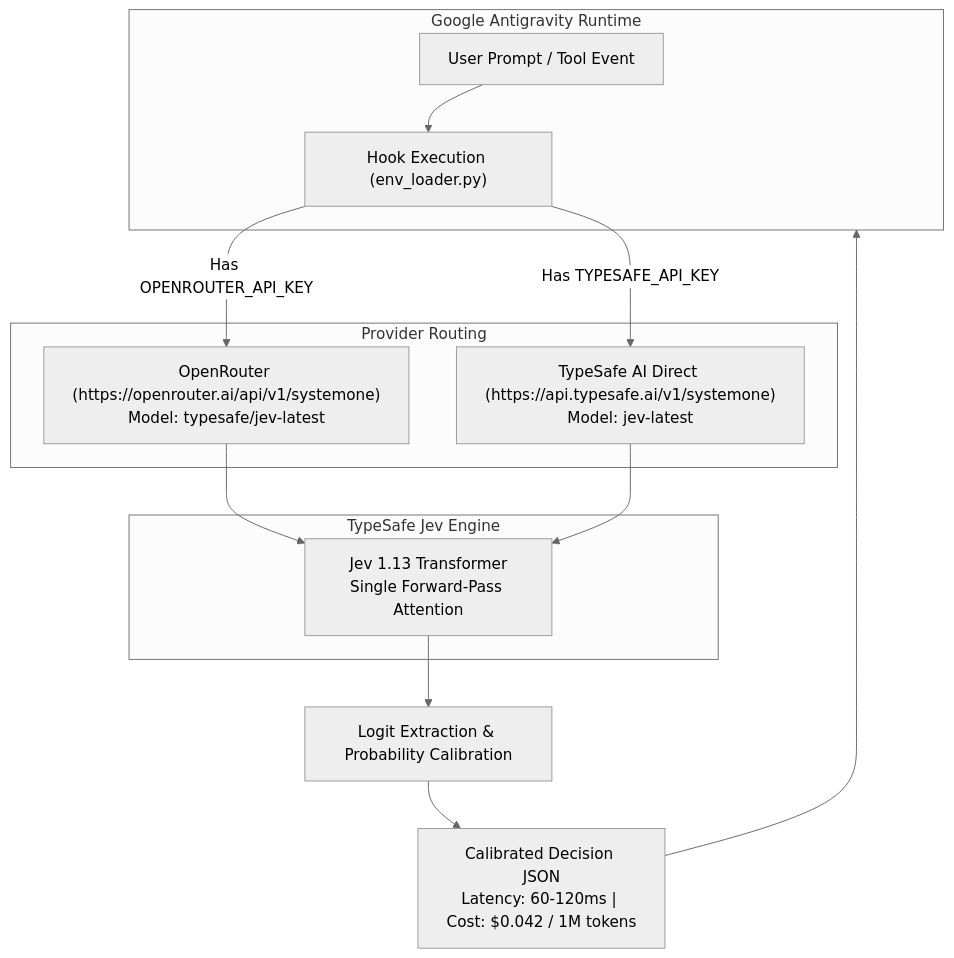
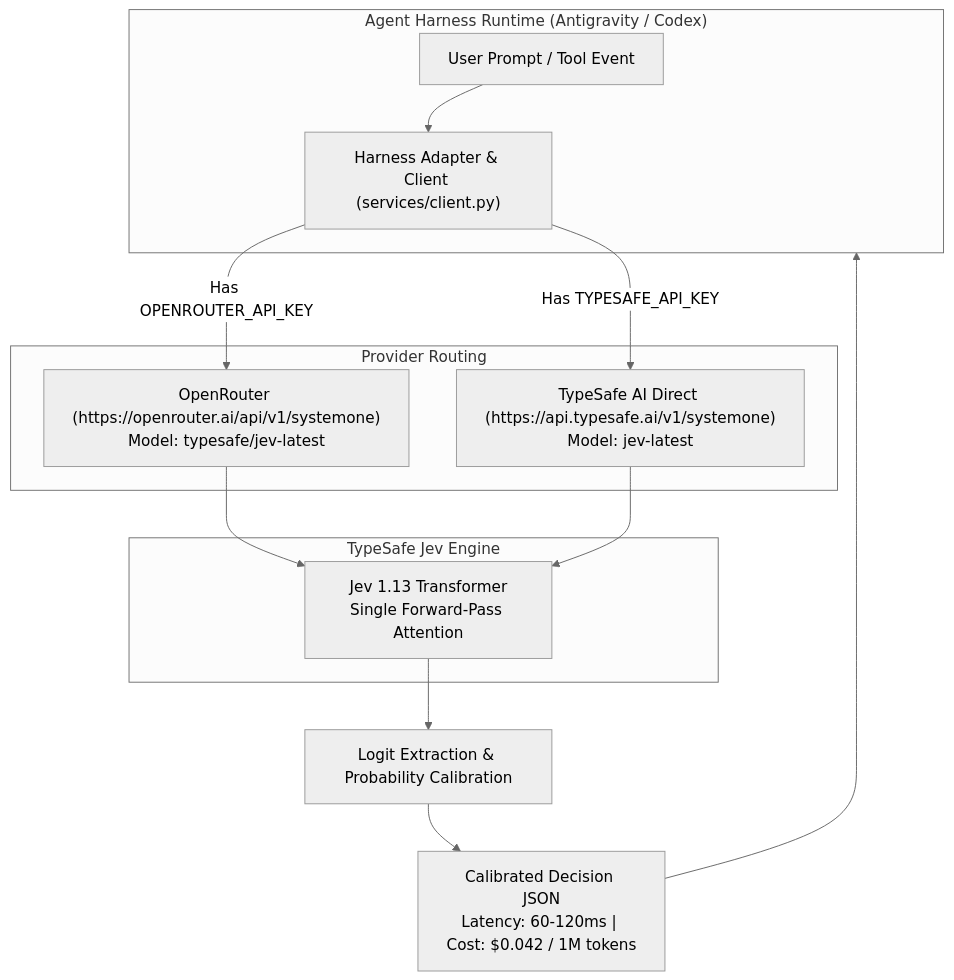
One commit to Ajasra/jev-hooks changed the diagram in docs/proposals/RFC-22_GUIDE_openrouter_setup.md. Above: the diagram before and after it, drawn with Mermaid (neutral theme). The commit also changed other lines of this file and 7 other files, not shown here.

Commit message:
docs: harmonize implemented proposals for multi-harness runtime (Antigravity & Codex)

````diff
--- a/docs/proposals/RFC-22_GUIDE_openrouter_setup.md
+++ b/docs/proposals/RFC-22_GUIDE_openrouter_setup.md
@@ -114,23 +114,23 @@
 ```mermaid
 flowchart TD
-    subgraph Antigravity ["Google Antigravity Runtime"]
+    subgraph Harnesses ["Agent Harness Runtime (Antigravity / Codex)"]
         User["User Prompt / Tool Event"]
-        Hook["Hook Execution (env_loader.py)"]
+        Hook["Harness Adapter & Client (services/client.py)"]
     end
 
     User --> Hook
 
     subgraph Providers ["Provider Routing"]
         Hook -->|"Has OPENROUTER_API_KEY"| OR["OpenRouter (https://openrouter.ai/api/v1/systemone)<br/>Model: typesafe/jev-latest"]
         Hook -->|"Has TYPESAFE_API_KEY"| TS["TypeSafe AI Direct (https://api.typesafe.ai/v1/systemone)<br/>Model: jev-latest"]
     end
 
     subgraph JevEngine ["TypeSafe Jev Engine"]
         OR --> Engine["Jev 1.13 Transformer<br/>Single Forward-Pass Attention"]
         TS --> Engine
     end
 
     Engine --> Calibration["Logit Extraction & Probability Calibration"]
     Calibration --> Return["Calibrated Decision JSON<br/>Latency: 60-120ms | Cost: $0.042 / 1M tokens"]
-    Return --> Antigravity
+    Return --> Harnesses
 ```
````
